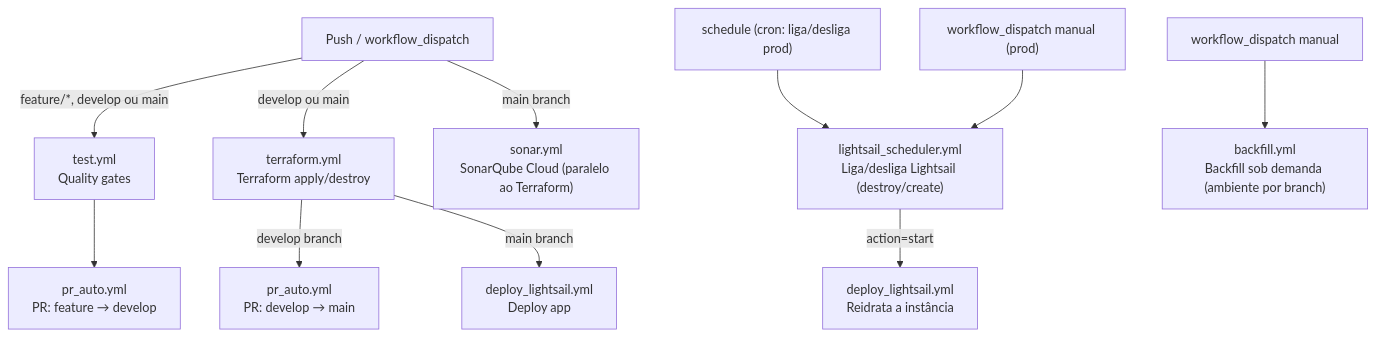
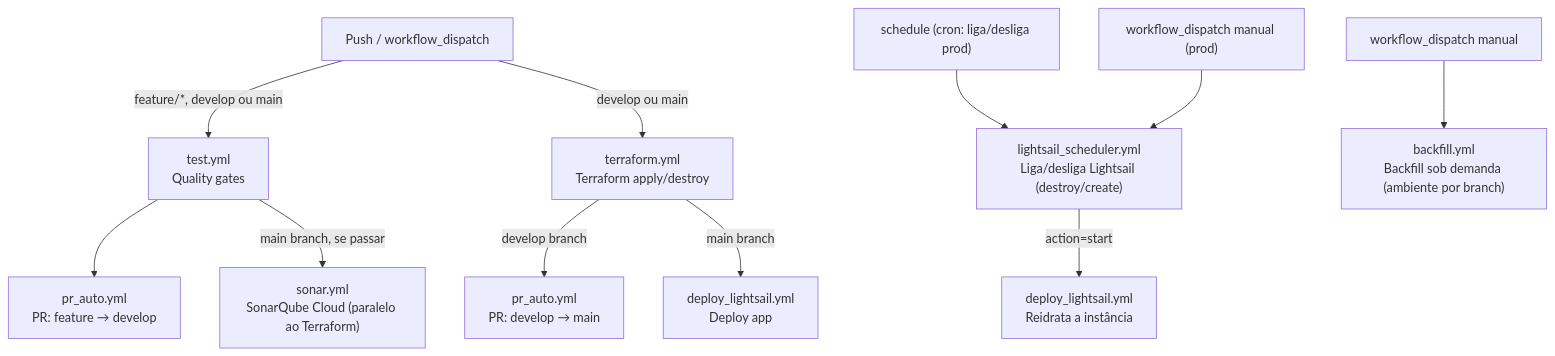
The diagram in .github/workflow.md (lucas-soares-galvao/movie-data-pipeline-aws), drawn with Mermaid before and after one commit. The commit also changed other lines of this file and 5 other files, not shown here.

````diff
--- a/.github/workflow.md
+++ b/.github/workflow.md
@@ -22,18 +22,18 @@
 ```mermaid
 flowchart TD
     PUSH["Push / workflow_dispatch"]
 
     PUSH -->|feature/*, develop ou main| TEST["test.yml\nQuality gates"]
     PUSH -->|develop ou main| TF["terraform.yml\nTerraform apply/destroy"]
-    PUSH -->|main branch| SONAR["sonar.yml\nSonarQube Cloud (paralelo ao Terraform)"]
 
     TEST --> PR_FEAT["pr_auto.yml\nPR: feature → develop"]
+    TEST -->|main branch, se passar| SONAR["sonar.yml\nSonarQube Cloud (paralelo ao Terraform)"]
     TF -->|develop branch| PR_ENV["pr_auto.yml\nPR: develop → main"]
     TF -->|main branch| DEPLOY["deploy_lightsail.yml\nDeploy app"]
 
     CRON["schedule (cron: liga/desliga prod)"] --> SCHED["lightsail_scheduler.yml\nLiga/desliga Lightsail (destroy/create)"]
     MANUAL2["workflow_dispatch manual (prod)"] --> SCHED
     SCHED -->|action=start| DEPLOY2["deploy_lightsail.yml\nReidrata a instância"]
 
     MANUAL["workflow_dispatch manual"] --> BACKFILL["backfill.yml\nBackfill sob demanda (ambiente por branch)"]
 ```
````
